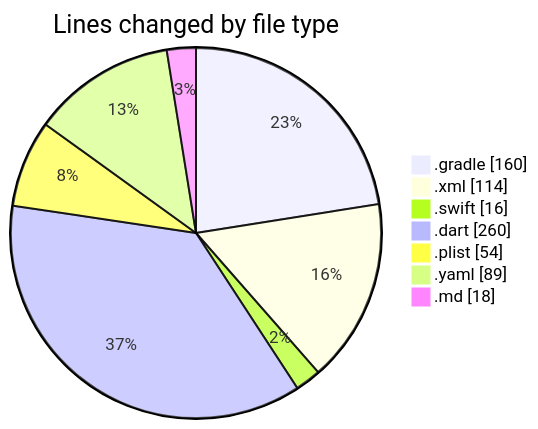
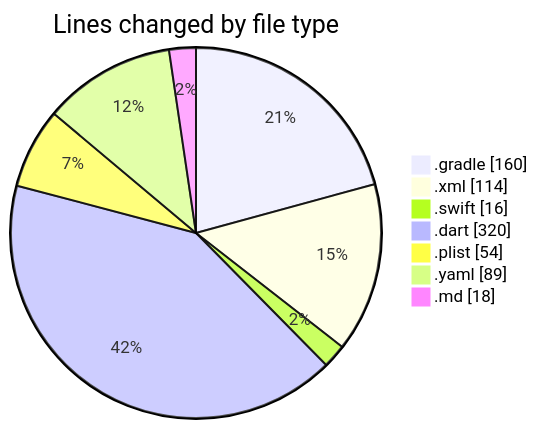
The first of 2 diagrams in 2025-01-01/uber_clone/README.md (donsfak/code-tracking), drawn with Mermaid before and after one commit. The commit also changed other lines of this file and 1 other file, not shown here.

````diff
--- a/2025-01-01/uber_clone/README.md
+++ b/2025-01-01/uber_clone/README.md
@@ -30,11 +30,11 @@
 ```mermaid
 pie showData
 title Lines changed by file type
 ".gradle" : 160
 ".xml" : 114
 ".swift" : 16
-".dart" : 260
+".dart" : 320
 ".plist" : 54
 ".yaml" : 89
 ".md" : 18
 ```
````
